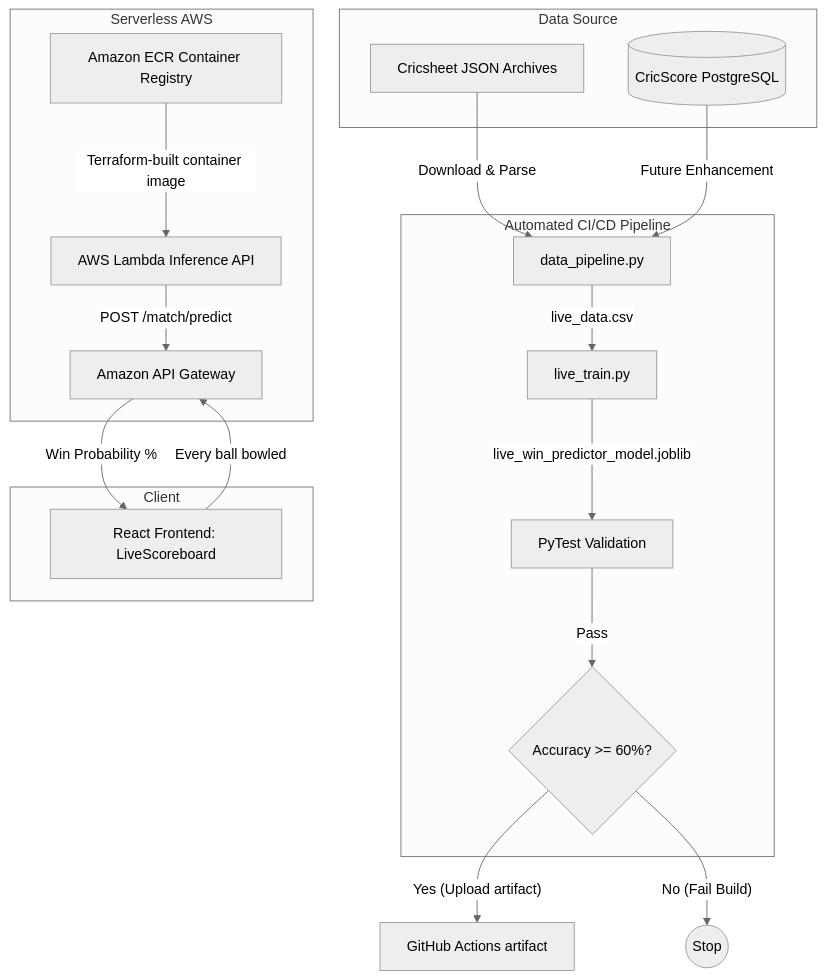
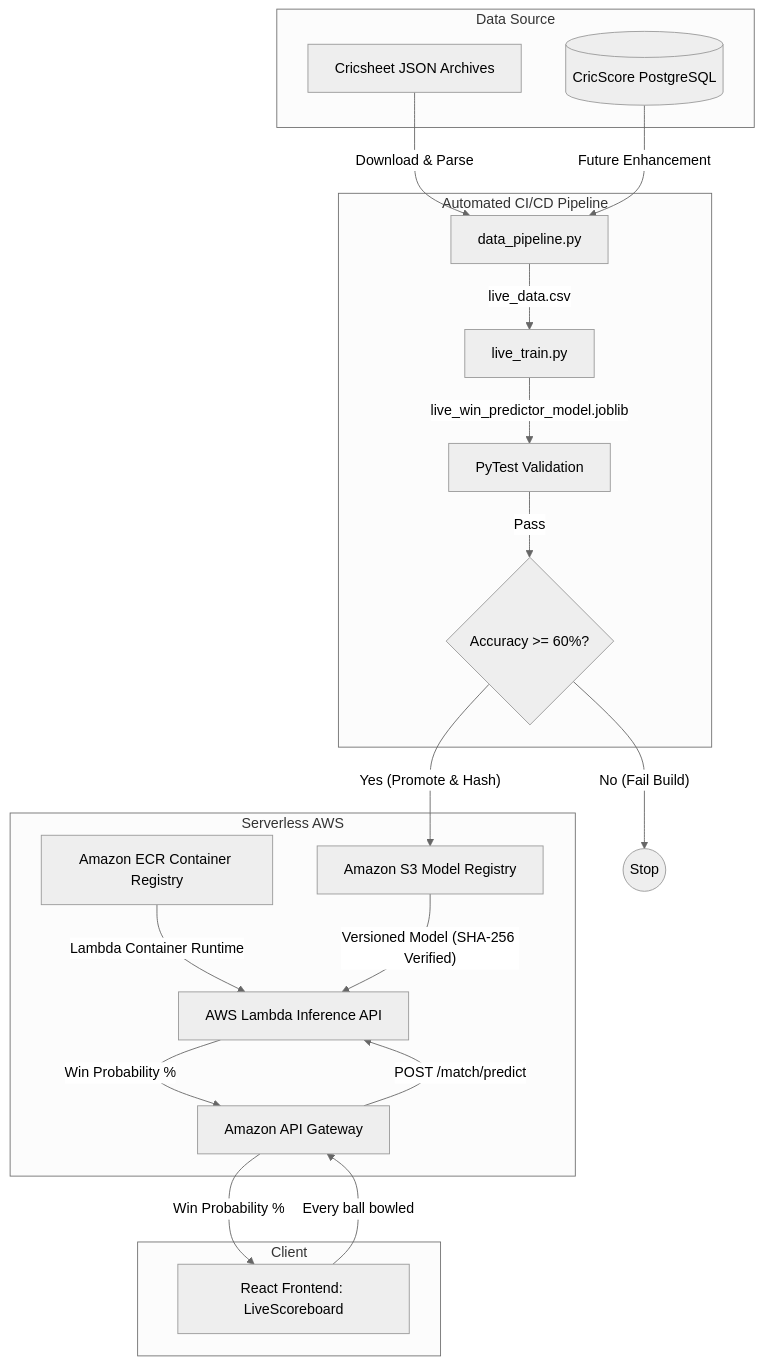
The first of 2 diagrams in docs/mlops_tutorial.md (venkatesh-singamsetty/cricscore), drawn with Mermaid (neutral theme) before and after one commit. The commit also changed other lines of this file and 80 other files, not shown here.

````diff
--- a/docs/mlops_tutorial.md
+++ b/docs/mlops_tutorial.md
@@ -13,42 +13,45 @@
 ```mermaid
 graph TD
     %% Define Data Flow
     subgraph Data Source
         Cricsheet[Cricsheet JSON Archives]
         DB[(CricScore PostgreSQL)]
     end
 
     %% Define Training Pipeline (GitHub Actions)
     subgraph GitHub Actions [Automated CI/CD Pipeline]
         DP[data_pipeline.py]
         LT[live_train.py]
         TEST[PyTest Validation]
         GATE{Accuracy >= 60%?}
     end
 
     %% Define Deployment
     subgraph AWS Deployment [Serverless AWS]
+        S3REG[Amazon S3 Model Registry]
         ECR[Amazon ECR Container Registry]
         LAMBDA[AWS Lambda Inference API]
         APIGW[Amazon API Gateway]
     end
 
     %% Frontend App
     subgraph Client
         UI[React Frontend: LiveScoreboard]
     end
 
     %% Connections
     Cricsheet -- Download & Parse --> DP
     DB -- Future Enhancement --> DP
     DP -- "live_data.csv" --> LT
     LT -- "live_win_predictor_model.joblib" --> TEST
     TEST -- Pass --> GATE
-    GATE -- "Yes (Upload artifact)" --> ART[GitHub Actions artifact]
+    GATE -- "Yes (Promote & Hash)" --> S3REG
     GATE -- "No (Fail Build)" --> STOP((Stop))
 
-    ECR -- "Terraform-built container image" --> LAMBDA
-    LAMBDA -- "POST /match/predict" --> APIGW
+    ECR -- "Lambda Container Runtime" --> LAMBDA
+    S3REG -- "Versioned Model (SHA-256 Verified)" --> LAMBDA
     UI -- "Every ball bowled" --> APIGW
+    APIGW -- "POST /match/predict" --> LAMBDA
+    LAMBDA -- "Win Probability %" --> APIGW
     APIGW -- "Win Probability %" --> UI
 ```
````
